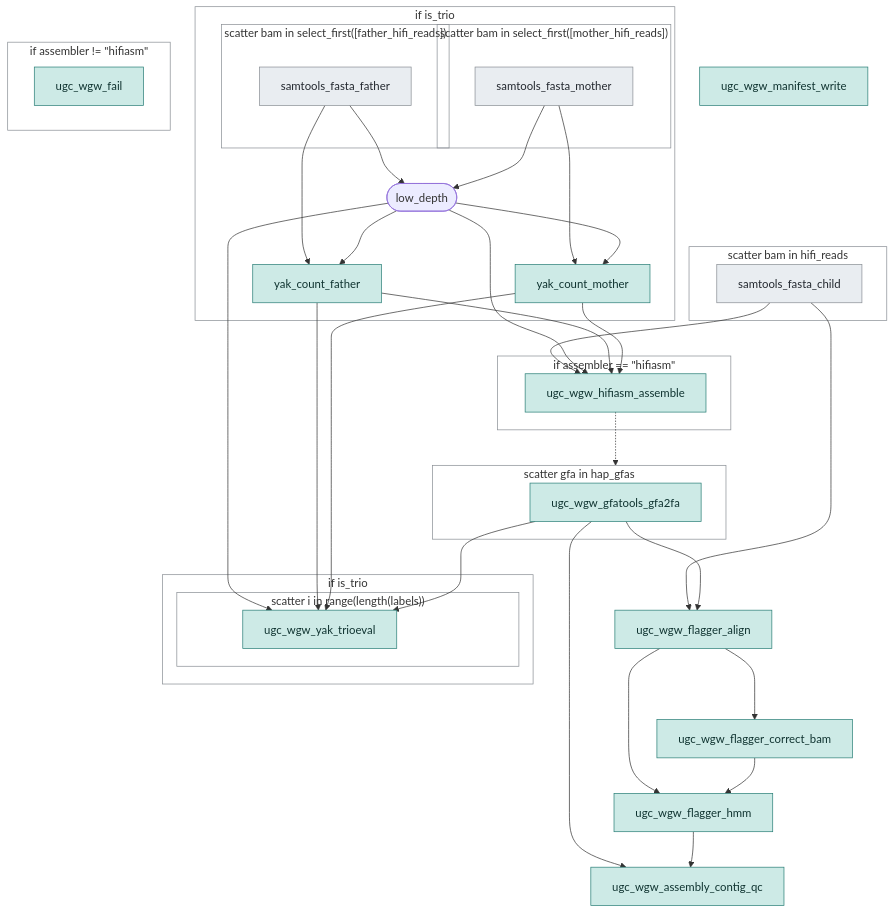
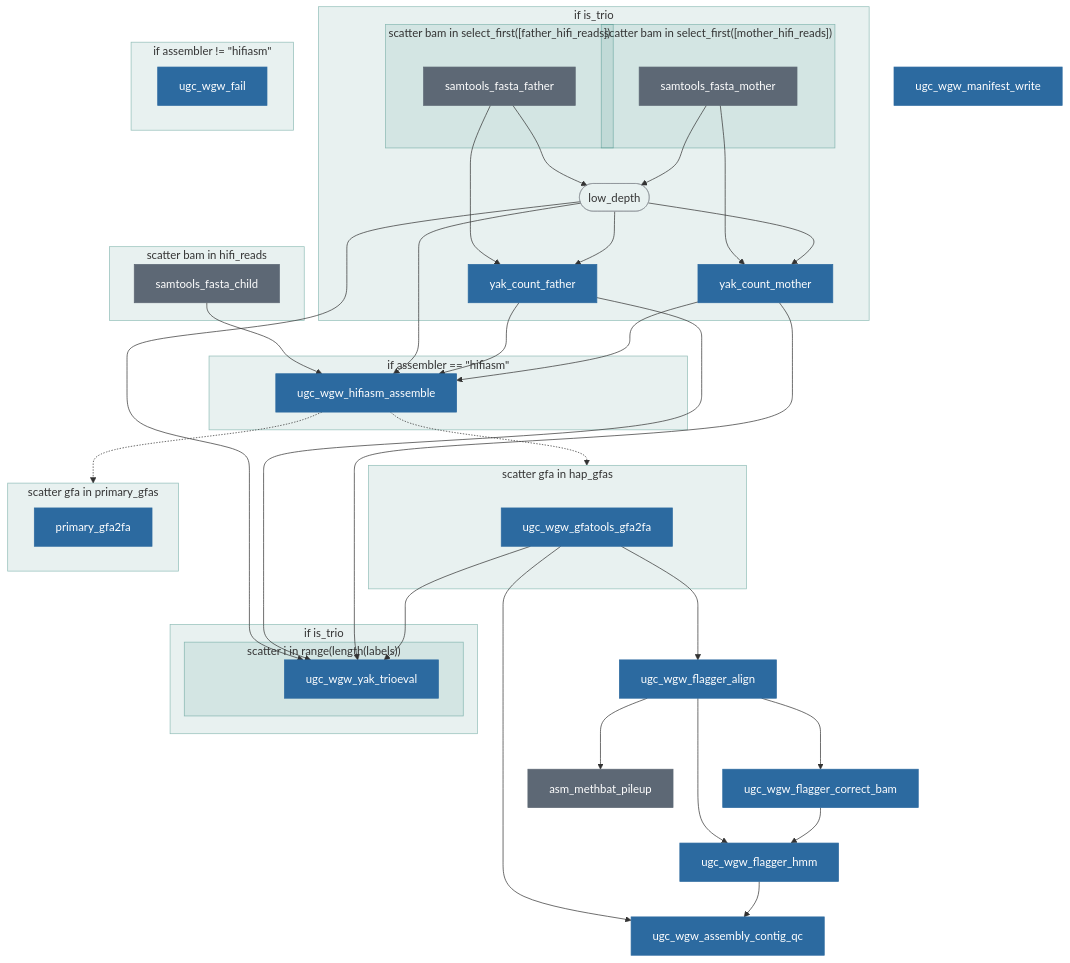
Diagram 11 of 13 in docs/guide/workflow-graphs.md (UppsalaGenomeCenter/ugc-wgw), drawn with Mermaid before and after one commit. The commit also changed other lines of this file and 51 other files, not shown here.

First line of the commit message:
ugc-wgw 0.21.0

````diff
--- a/docs/guide/workflow-graphs.md
+++ b/docs/guide/workflow-graphs.md
@@ -710,62 +720,68 @@
 ```mermaid
 flowchart TD
   subgraph s1["scatter bam in hifi_reads"]
     n1["samtools_fasta_child"]:::u
   end
   subgraph s2["if is_trio"]
     subgraph s3["scatter bam in select_first([father_hifi_reads])"]
       n2["samtools_fasta_father"]:::u
     end
     subgraph s4["scatter bam in select_first([mother_hifi_reads])"]
       n3["samtools_fasta_mother"]:::u
     end
     n4(["low_depth"])
     n5["yak_count_father"]:::o
     n6["yak_count_mother"]:::o
   end
   subgraph s5["if assembler != #quot;hifiasm#quot;"]
     n7["ugc_wgw_fail"]:::o
   end
   subgraph s6["if assembler == #quot;hifiasm#quot;"]
     n8["ugc_wgw_hifiasm_assemble"]:::o
   end
   subgraph s7["scatter gfa in hap_gfas"]
     n9["ugc_wgw_gfatools_gfa2fa"]:::o
   end
-  n10["ugc_wgw_flagger_align"]:::o
-  n11["ugc_wgw_flagger_correct_bam"]:::o
-  n12["ugc_wgw_flagger_hmm"]:::o
-  n13["ugc_wgw_assembly_contig_qc"]:::o
-  subgraph s8["if is_trio"]
-    subgraph s9["scatter i in range(length(labels))"]
-      n14["ugc_wgw_yak_trioeval"]:::o
+  subgraph s8["scatter gfa in primary_gfas"]
+    n10["primary_gfa2fa"]:::o
+  end
+  n11["ugc_wgw_flagger_align"]:::o
+  n12["ugc_wgw_flagger_correct_bam"]:::o
+  n13["ugc_wgw_flagger_hmm"]:::o
+  n14["asm_methbat_pileup"]:::u
+  n15["ugc_wgw_assembly_contig_qc"]:::o
+  subgraph s9["if is_trio"]
+    subgraph s10["scatter i in range(length(labels))"]
+      n16["ugc_wgw_yak_trioeval"]:::o
     end
   end
-  n15["ugc_wgw_manifest_write"]:::o
+  n17["ugc_wgw_manifest_write"]:::o
   n1 --> n8
-  n1 --> n10
   n2 --> n4
   n2 --> n5
   n3 --> n4
   n3 --> n6
   n4 --> n5
   n4 --> n6
   n4 --> n8
-  n4 --> n14
+  n4 --> n16
   n5 --> n8
-  n5 --> n14
+  n5 --> n16
   n6 --> n8
-  n6 --> n14
+  n6 --> n16
   n8 -.-> s7
-  n9 --> n10
-  n9 --> n13
-  n9 --> n14
-  n10 --> n11
-  n10 --> n12
+  n8 -.-> s8
+  n9 --> n11
+  n9 --> n15
+  n9 --> n16
   n11 --> n12
+  n11 --> n13
+  n11 --> n14
   n12 --> n13
-  classDef o fill:#cdeae6,stroke:#2a7f77,color:#0f3330
-  classDef u fill:#e9edf1,stroke:#8a8f95,color:#22272e
-  classDef b fill:none,stroke:#8a8f95
-  class s1,s2,s3,s4,s5,s6,s7,s8,s9 b
+  n13 --> n15
+  classDef default fill:none,stroke:#8a8f95
+  classDef o fill:#2c6aa0,stroke:#2c6aa0,color:#fff
+  classDef u fill:#5d6875,stroke:#5d6875,color:#fff
+  classDef b fill:#1f7a70,fill-opacity:0.10,stroke:#1f7a70,stroke-opacity:0.45
+  class s1,s2,s3,s4,s5,s6,s7,s8,s9,s10 b
 ```
````
